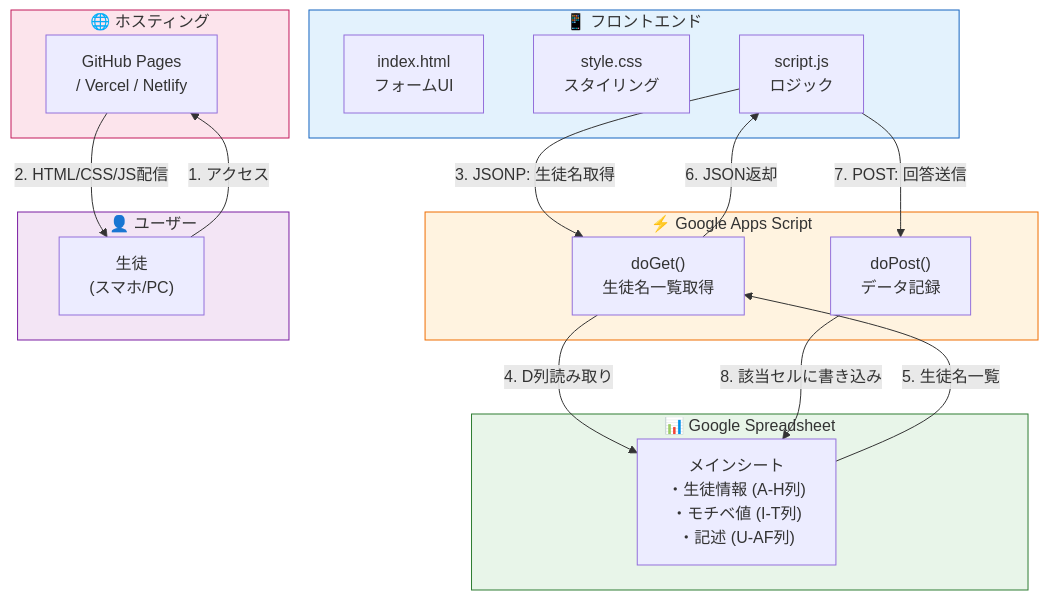
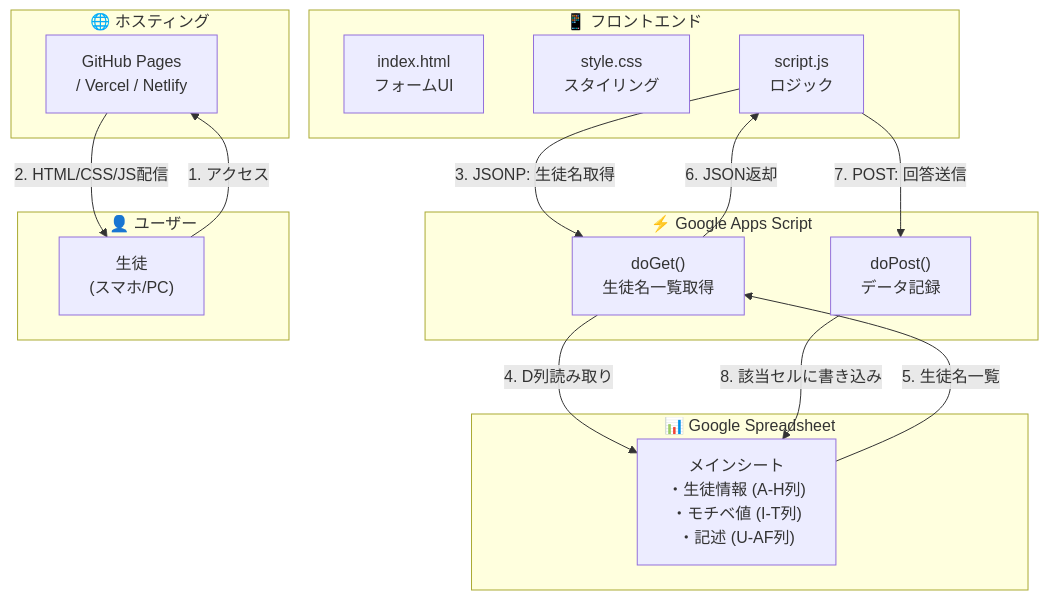
Before and after one commit to ProjectZmVsbG93/InsightEmbedder: the diagram in README.md, drawn with Mermaid. The commit also changed other lines of this file, not shown here.

````diff
--- a/README.md
+++ b/README.md
@@ -19,40 +19,35 @@
 ```mermaid
 flowchart TB
     subgraph Frontend["📱 フロントエンド"]
         HTML["index.html<br/>フォームUI"]
         CSS["style.css<br/>スタイリング"]
         JS["script.js<br/>ロジック"]
     end
 
     subgraph Hosting["🌐 ホスティング"]
         GHP["GitHub Pages<br/>/ Vercel / Netlify"]
     end
 
     subgraph GAS["⚡ Google Apps Script"]
         doGet["doGet()<br/>生徒名一覧取得"]
         doPost["doPost()<br/>データ記録"]
     end
 
     subgraph Spreadsheet["📊 Google Spreadsheet"]
         MainSheet["メインシート<br/>・生徒情報 (A-H列)<br/>・モチベ値 (I-T列)<br/>・記述 (U-AF列)"]
     end
 
     subgraph User["👤 ユーザー"]
         Student["生徒<br/>(スマホ/PC)"]
     end
 
     Student -->|"1. アクセス"| GHP
     GHP -->|"2. HTML/CSS/JS配信"| Student
     JS -->|"3. JSONP: 生徒名取得"| doGet
     doGet -->|"4. D列読み取り"| MainSheet
     MainSheet -->|"5. 生徒名一覧"| doGet
     doGet -->|"6. JSON返却"| JS
     JS -->|"7. POST: 回答送信"| doPost
     doPost -->|"8. 該当セルに書き込み"| MainSheet
 
-    style Frontend fill:#e3f2fd,stroke:#1565c0
-    style GAS fill:#fff3e0,stroke:#ef6c00
-    style Spreadsheet fill:#e8f5e9,stroke:#2e7d32
-    style Hosting fill:#fce4ec,stroke:#c2185b
-    style User fill:#f3e5f5,stroke:#7b1fa2
 ```
````
